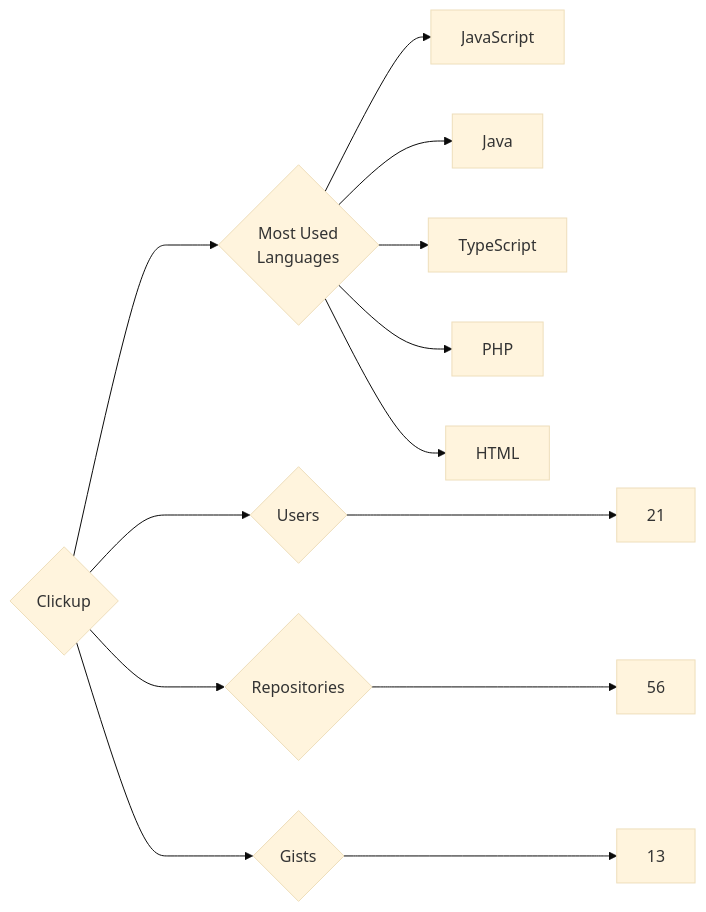
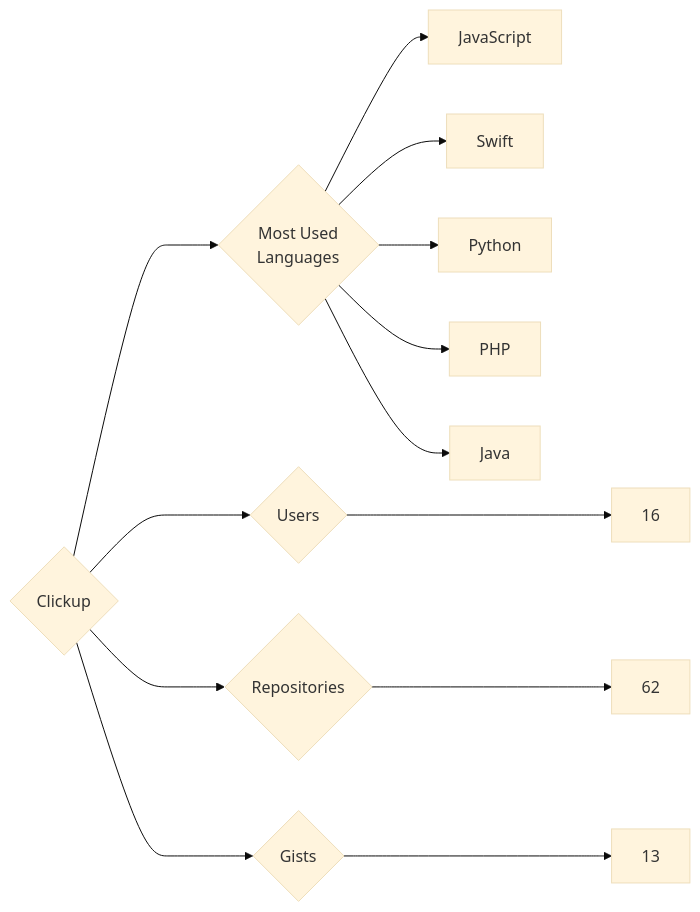
One commit to trickest/insiders changed the diagram in targets/Clickup/README.md. Above: the diagram before and after it, drawn with Mermaid (base theme). The commit also changed 912 other files, not shown here.

````diff
--- a/targets/Clickup/README.md
+++ b/targets/Clickup/README.md
@@ -3,13 +3,13 @@
 ```mermaid
 graph LR
 COMPANY_NAME{Clickup}
-COMPANY_NAME ---> U{Users} ---> UN[21]
-COMPANY_NAME ---> R{Repositories} ---> RN[56]
+COMPANY_NAME ---> U{Users} ---> UN[16]
+COMPANY_NAME ---> R{Repositories} ---> RN[62]
 COMPANY_NAME ---> G{Gists} ---> GN[13]
 COMPANY_NAME ---> ML{Most Used<br>Languages}
 ML --> JavaScript[JavaScript]
+ML --> Swift[Swift]
+ML --> Python[Python]
+ML --> PHP[PHP]
 ML --> Java[Java]
-ML --> TypeScript[TypeScript]
-ML --> PHP[PHP]
-ML --> HTML[HTML]
 ```
````
